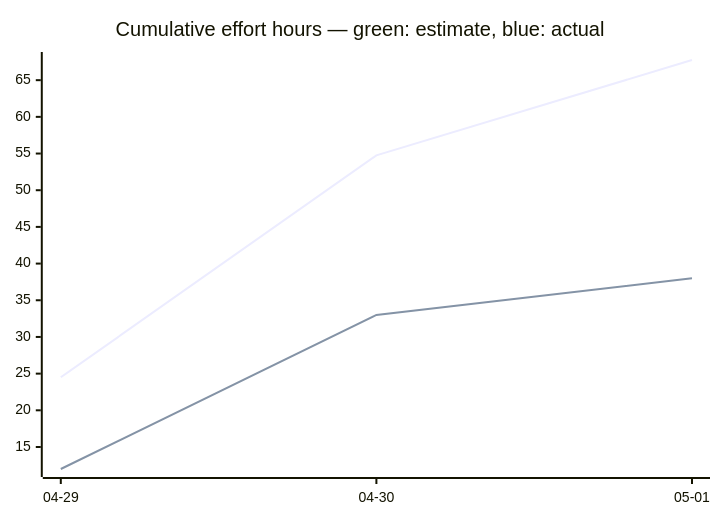
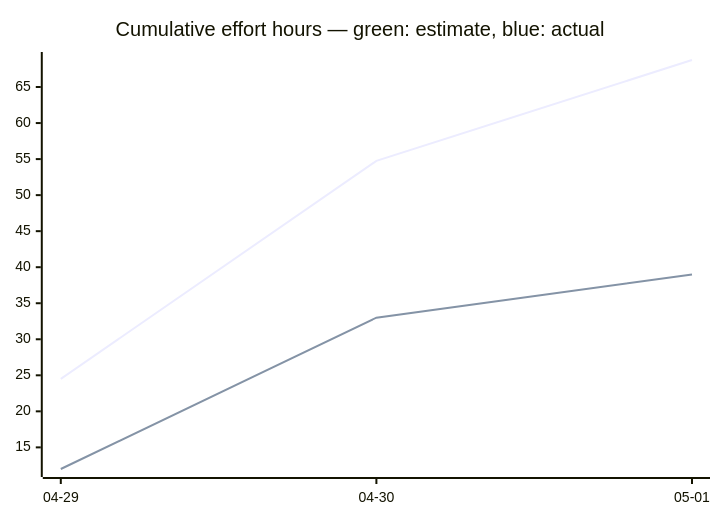
The third of 3 diagrams in docs/developers/tasks/OVERVIEW.md (tgd1975/AwesomeStudioPedal), drawn with Mermaid before and after one commit. The commit also changed other lines of this file and 13 other files, not shown here.

````diff
--- a/docs/developers/tasks/OVERVIEW.md
+++ b/docs/developers/tasks/OVERVIEW.md
@@ -40,7 +40,7 @@
 ```mermaid
 xychart-beta
     title "Cumulative effort hours — green: estimate, blue: actual"
     x-axis ["04-29", "04-30", "05-01"]
-    line [24.5, 54.75, 67.75]
-    line [12, 33, 38]
+    line [24.5, 54.75, 68.75]
+    line [12, 33, 39]
 ```
````
